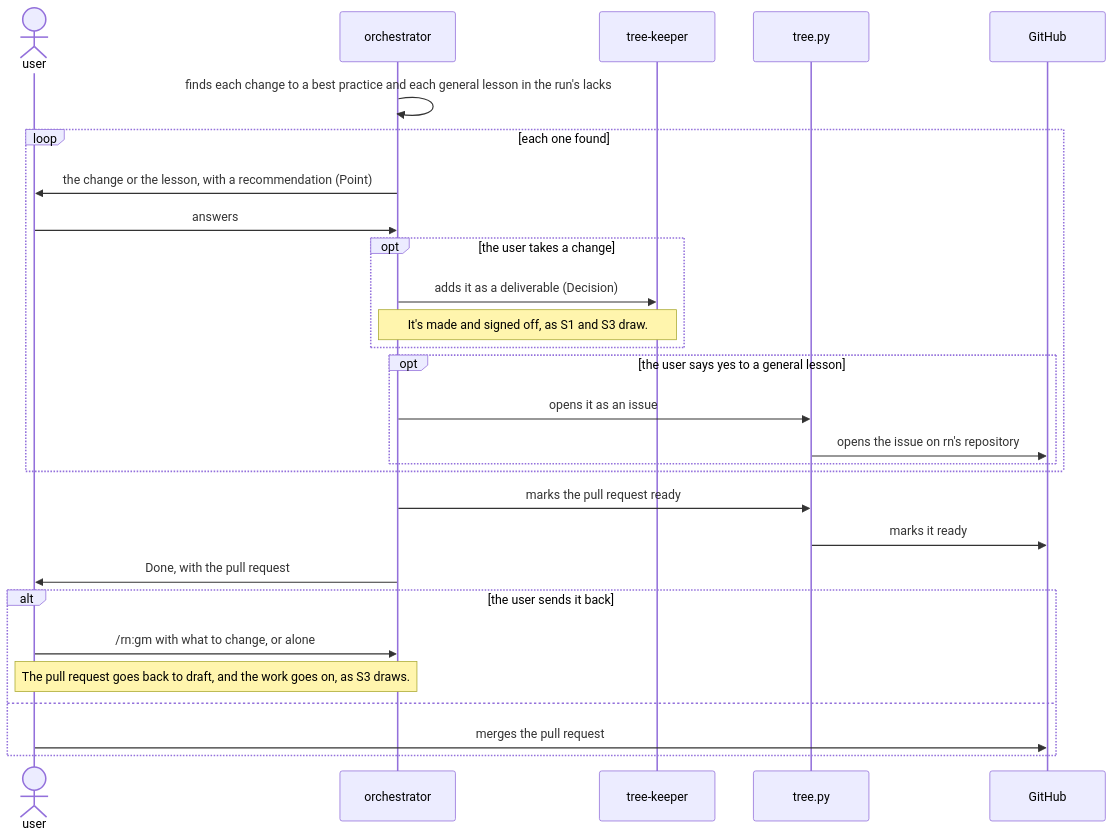
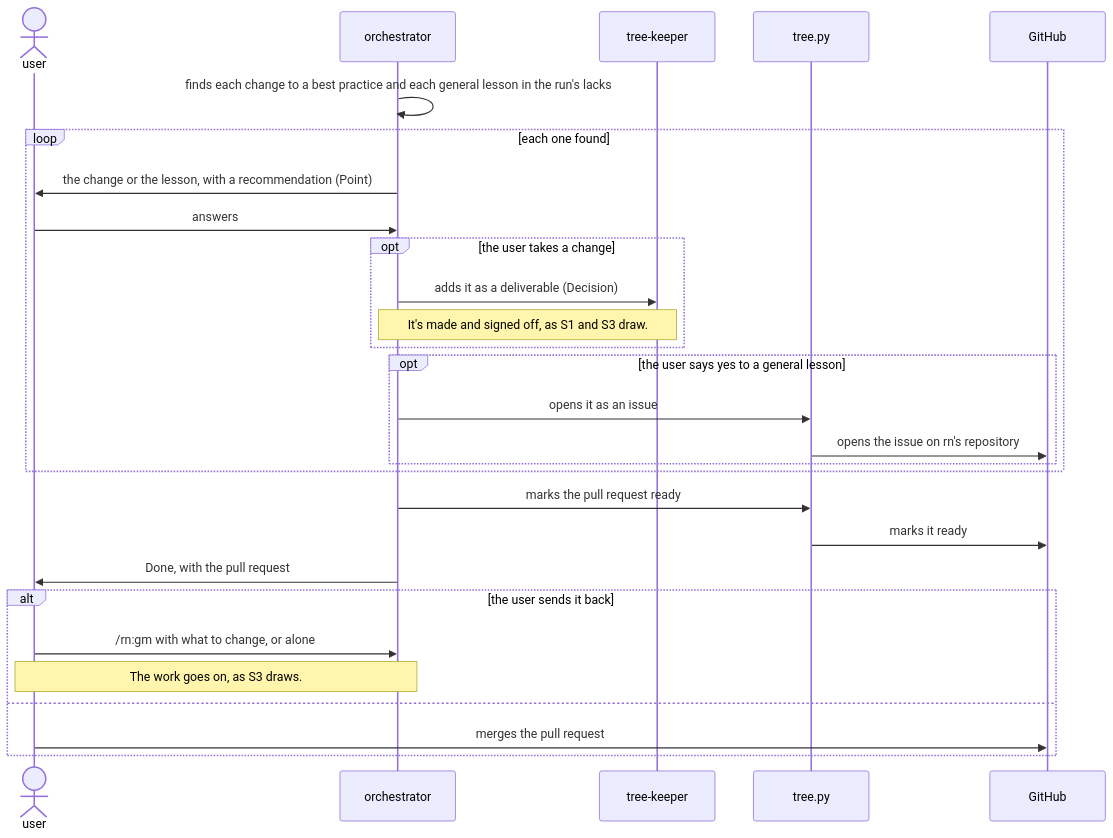
The sixth of 6 diagrams in dev/rn/architecture.md (lovaizu/ccpm), drawn with Mermaid before and after one commit. The commit also changed other lines of this file and 3 other files, not shown here.

First line of the commit message:
rn: the orchestrator judges how to take each remark the user makes from the purpose and the best practices, and the architecture prescribes no one way. tree.py keeps the run's worktree without the sequence naming when it goes, and a /rn:gm after Done goes on as S3 draws.

````diff
--- a/dev/rn/architecture.md
+++ b/dev/rn/architecture.md
@@ -329,30 +329,30 @@
 ```mermaid
 sequenceDiagram
   actor U as user
   participant O as orchestrator
   participant K as tree-keeper
   participant T as tree.py
   participant GH as GitHub
   O->>O: finds each change to a best practice and each general lesson in the run's lacks
   loop each one found
     O->>U: the change or the lesson, with a recommendation (Point)
     U->>O: answers
     opt the user takes a change
       O->>K: adds it as a deliverable (Decision)
       Note over O,K: It's made and signed off, as S1 and S3 draw.
     end
     opt the user says yes to a general lesson
       O->>T: opens it as an issue
       T->>GH: opens the issue on rn's repository
     end
   end
   O->>T: marks the pull request ready
   T->>GH: marks it ready
   O->>U: Done, with the pull request
   alt the user sends it back
     U->>O: /rn:gm with what to change, or alone
-    Note over U,O: The pull request goes back to draft, and the work goes on, as S3 draws.
+    Note over U,O: The work goes on, as S3 draws.
   else
     U->>GH: merges the pull request
   end
 ```
````
